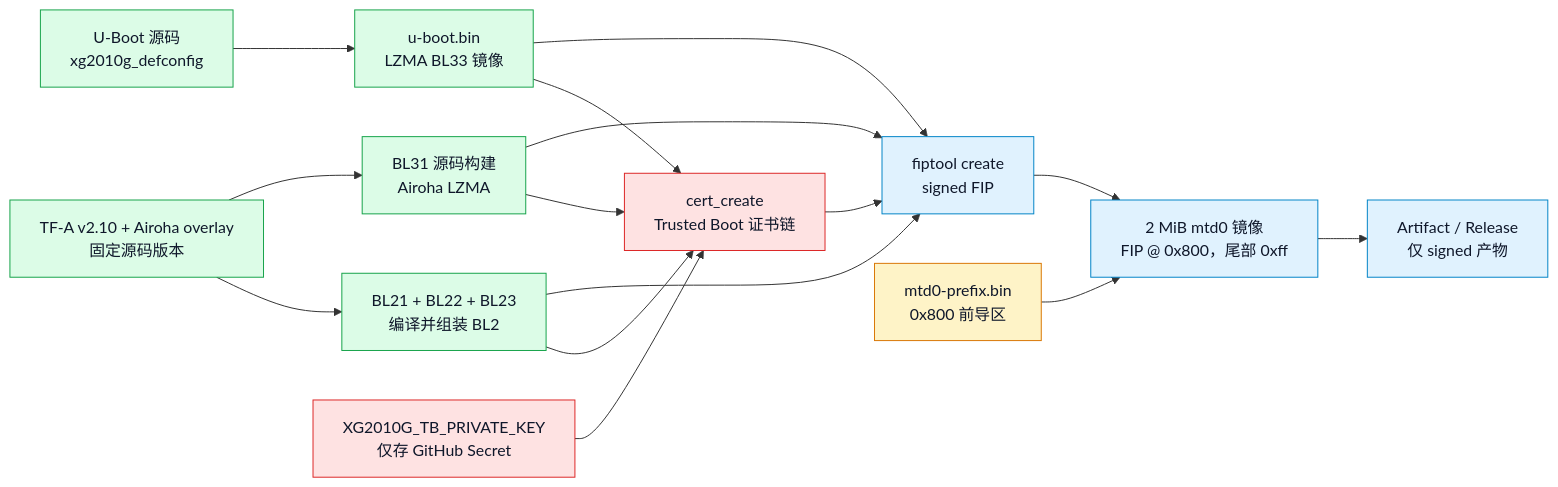
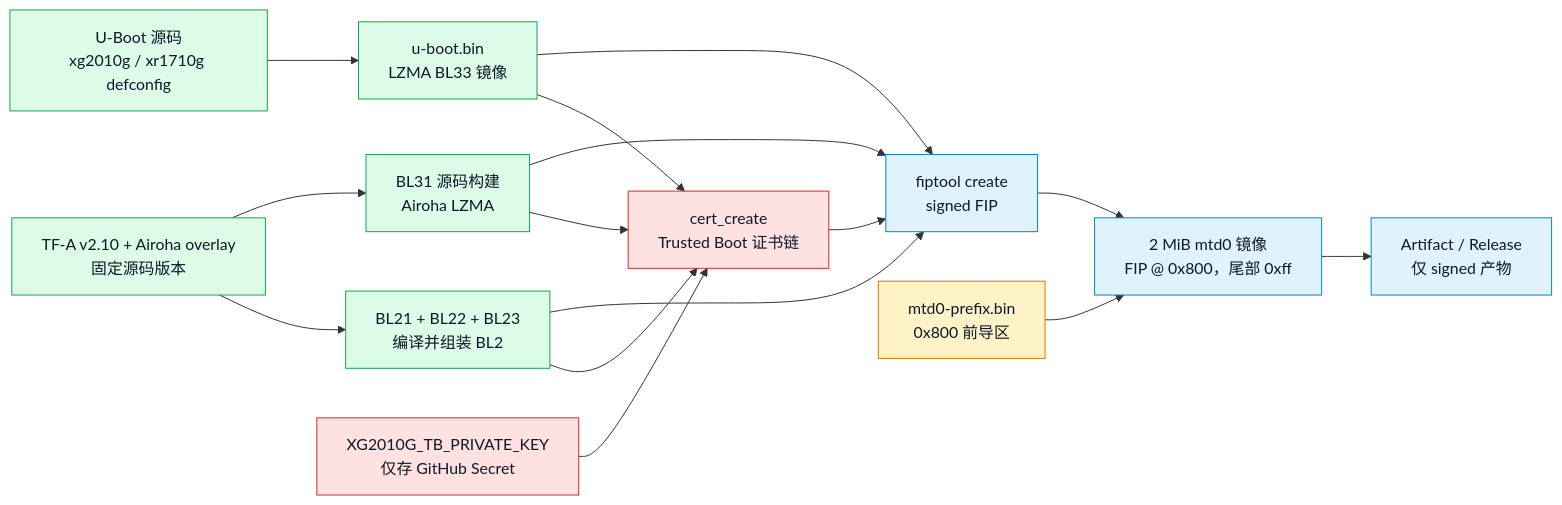
Before and after one commit to naoki66/u-boot-for-brightspeed-gemtek: the second of 4 diagrams in README.md, drawn with Mermaid. The commit also changed other lines of this file and 11 other files, not shown here.

````diff
--- a/README.md
+++ b/README.md
@@ -202,27 +203,27 @@
 ```mermaid
 flowchart LR
-    U["U-Boot 源码<br/>xg2010g_defconfig"] --> B["u-boot.bin<br/>LZMA BL33 镜像"]
+    U["U-Boot 源码<br/>xg2010g / xr1710g defconfig"] --> B["u-boot.bin<br/>LZMA BL33 镜像"]
     T["TF-A v2.10 + Airoha overlay<br/>固定源码版本"] --> L2["BL21 + BL22 + BL23<br/>编译并组装 BL2"]
     T --> L31["BL31 源码构建<br/>Airoha LZMA"]
     K["XG2010G_TB_PRIVATE_KEY<br/>仅存 GitHub Secret"] --> C["cert_create<br/>Trusted Boot 证书链"]
     L2 --> C
     L31 --> C
     B --> C
     L2 --> F["fiptool create<br/>signed FIP"]
     L31 --> F
     B --> F
     C --> F
     P["mtd0-prefix.bin<br/>0x800 前导区"] --> M["2 MiB mtd0 镜像<br/>FIP @ 0x800，尾部 0xff"]
     F --> M
     M --> A["Artifact / Release<br/>仅 signed 产物"]
 
     classDef src fill:#dcfce7,stroke:#16a34a,color:#0f172a;
     classDef stock fill:#fef3c7,stroke:#d97706,color:#0f172a;
     classDef key fill:#fee2e2,stroke:#dc2626,color:#0f172a;
     classDef out fill:#e0f2fe,stroke:#0284c7,color:#0f172a;
 
     class U,B,T,L2,L31 src;
     class P stock;
     class K,C key;
     class F,M,A out;
 ```
````
